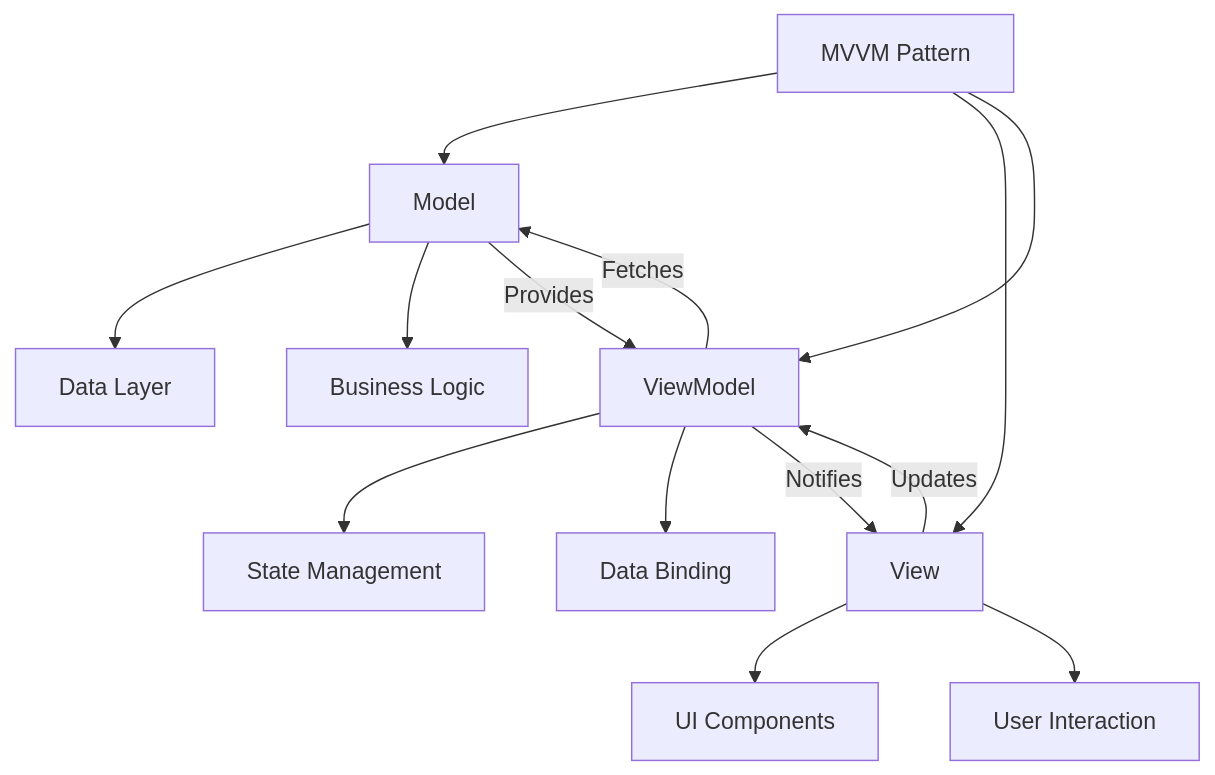
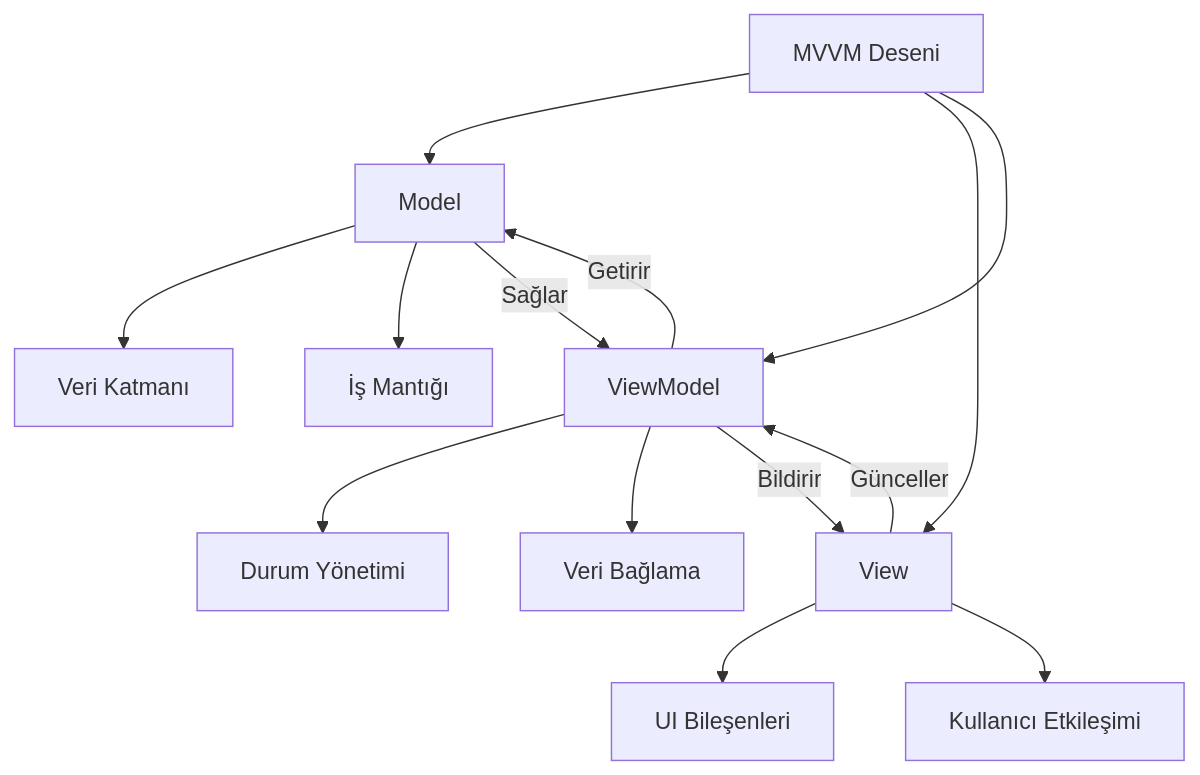
Before and after one commit to endmr11/system_design: the second of 5 diagrams in mobile/architecture/patterns.md, drawn with Mermaid. The commit also changed other lines of this file and 6 other files, not shown here.

````diff
--- a/mobile/architecture/patterns.md
+++ b/mobile/architecture/patterns.md
@@ -60,20 +60,20 @@
 ```mermaid
 graph TD
-    A[MVVM Pattern] --> B[Model]
+    A[MVVM Deseni] --> B[Model]
     A --> C[View]
     A --> D[ViewModel]
     
-    B --> B1[Data Layer]
-    B --> B2[Business Logic]
+    B --> B1[Veri Katmanı]
+    B --> B2[İş Mantığı]
     
-    C --> C1[UI Components]
-    C --> C2[User Interaction]
+    C --> C1[UI Bileşenleri]
+    C --> C2[Kullanıcı Etkileşimi]
     
-    D --> D1[State Management]
-    D --> D2[Data Binding]
+    D --> D1[Durum Yönetimi]
+    D --> D2[Veri Bağlama]
     
-    C -->|Updates| D
-    D -->|Notifies| C
-    D -->|Fetches| B
-    B -->|Provides| D
+    C -->|Günceller| D
+    D -->|Bildirir| C
+    D -->|Getirir| B
+    B -->|Sağlar| D
 ```
````
